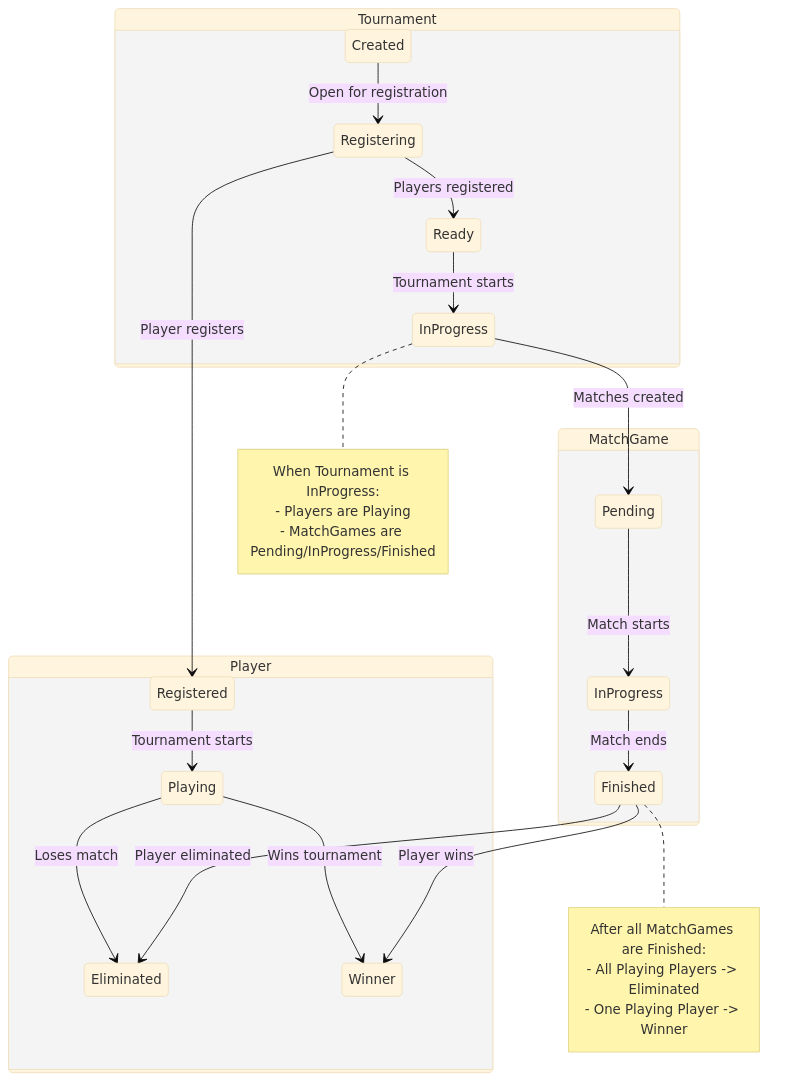
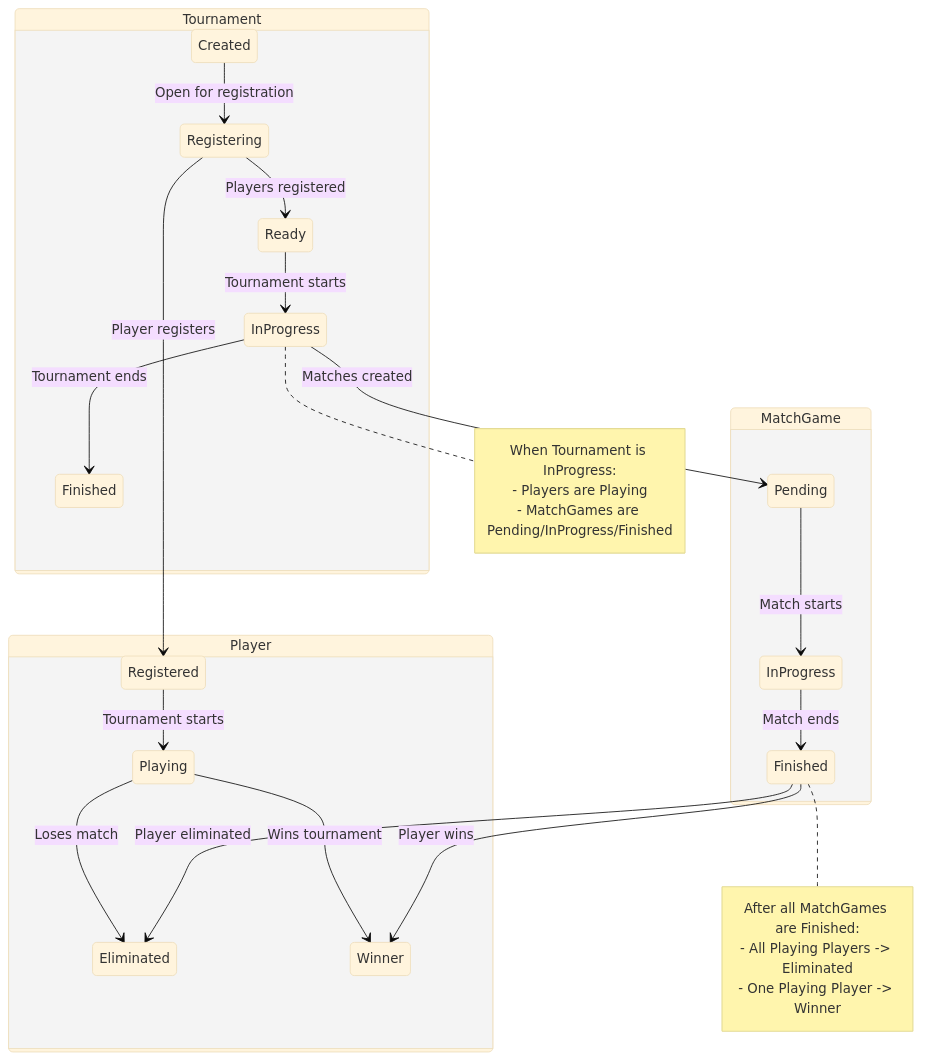
Before and after one commit to josensanchez/tournament-manager: the fourth of 4 diagrams in StateMachine.md, drawn with Mermaid (base theme). The commit also changed other lines of this file and 1 other file, not shown here.

````diff
--- a/StateMachine.md
+++ b/StateMachine.md
@@ -79,50 +83,53 @@
 ```mermaid
 stateDiagram-v2
     state "Tournament" as Tournament {
         T_Created: Created
         T_Registering: Registering
         T_Ready: Ready
         T_InProgress: InProgress
+        T_Finished: Finished
+
 
         T_Created --> T_Registering: Open for registration
         T_Registering --> T_Ready: Players registered
         T_Ready --> T_InProgress: Tournament starts
+        T_InProgress --> T_Finished: Tournament ends
     }
 
     state "Player" as Player {
         P_Registered: Registered
         P_Playing: Playing
         P_Eliminated: Eliminated
         P_Winner: Winner
 
         P_Registered --> P_Playing: Tournament starts
         P_Playing --> P_Eliminated: Loses match
         P_Playing --> P_Winner: Wins tournament
     }
 
     state "MatchGame" as MatchGame {
         M_Pending: Pending
         M_InProgress: InProgress
         M_Finished: Finished
 
         M_Pending --> M_InProgress: Match starts
         M_InProgress --> M_Finished: Match ends
     }
 
     T_Registering --> P_Registered: Player registers
     T_InProgress --> M_Pending: Matches created
     M_Finished --> P_Eliminated: Player eliminated
     M_Finished --> P_Winner: Player wins
 
     note right of T_InProgress
         When Tournament is InProgress:
         - Players are Playing
         - MatchGames are Pending/InProgress/Finished
     end note
 
     note right of M_Finished
         After all MatchGames are Finished:
         - All Playing Players -> Eliminated
         - One Playing Player -> Winner
     end note
 ```
````
